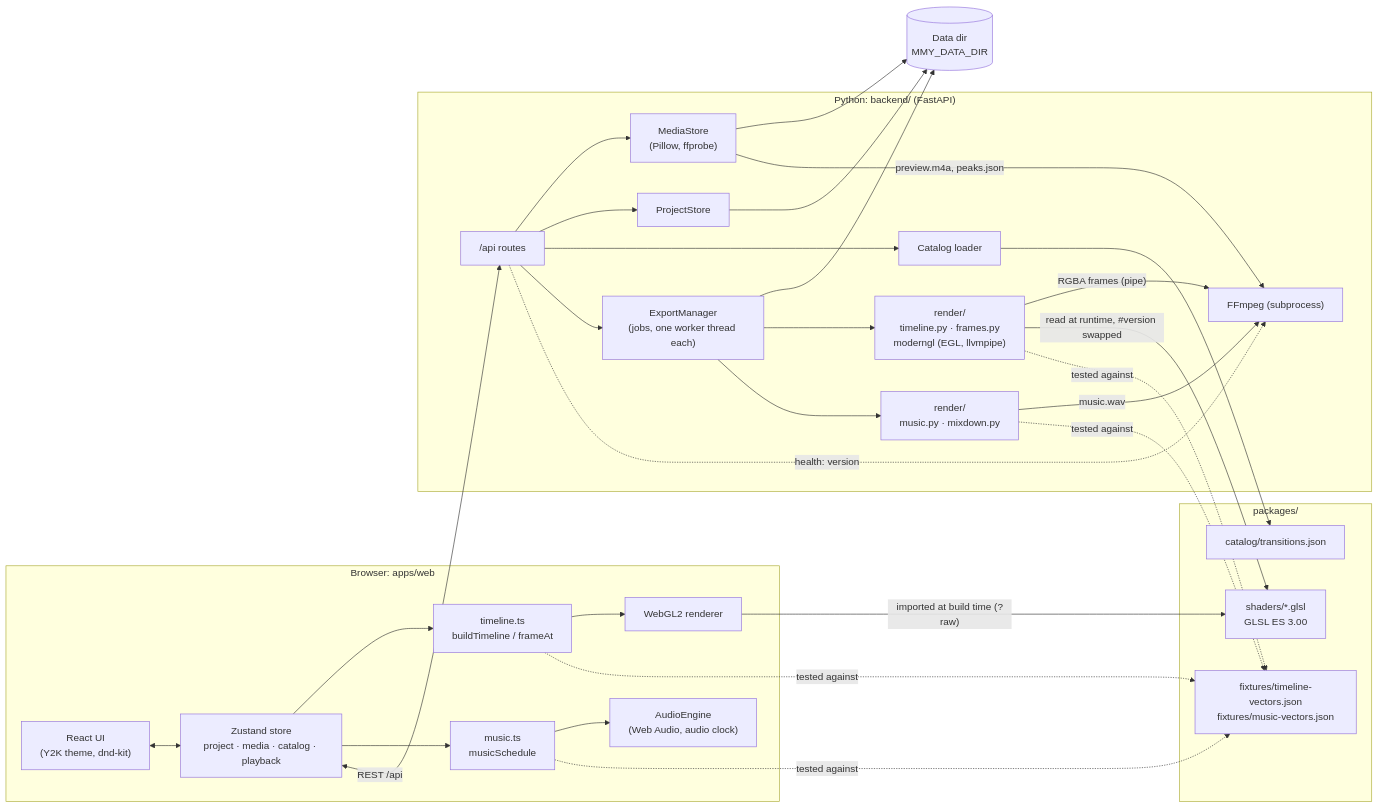
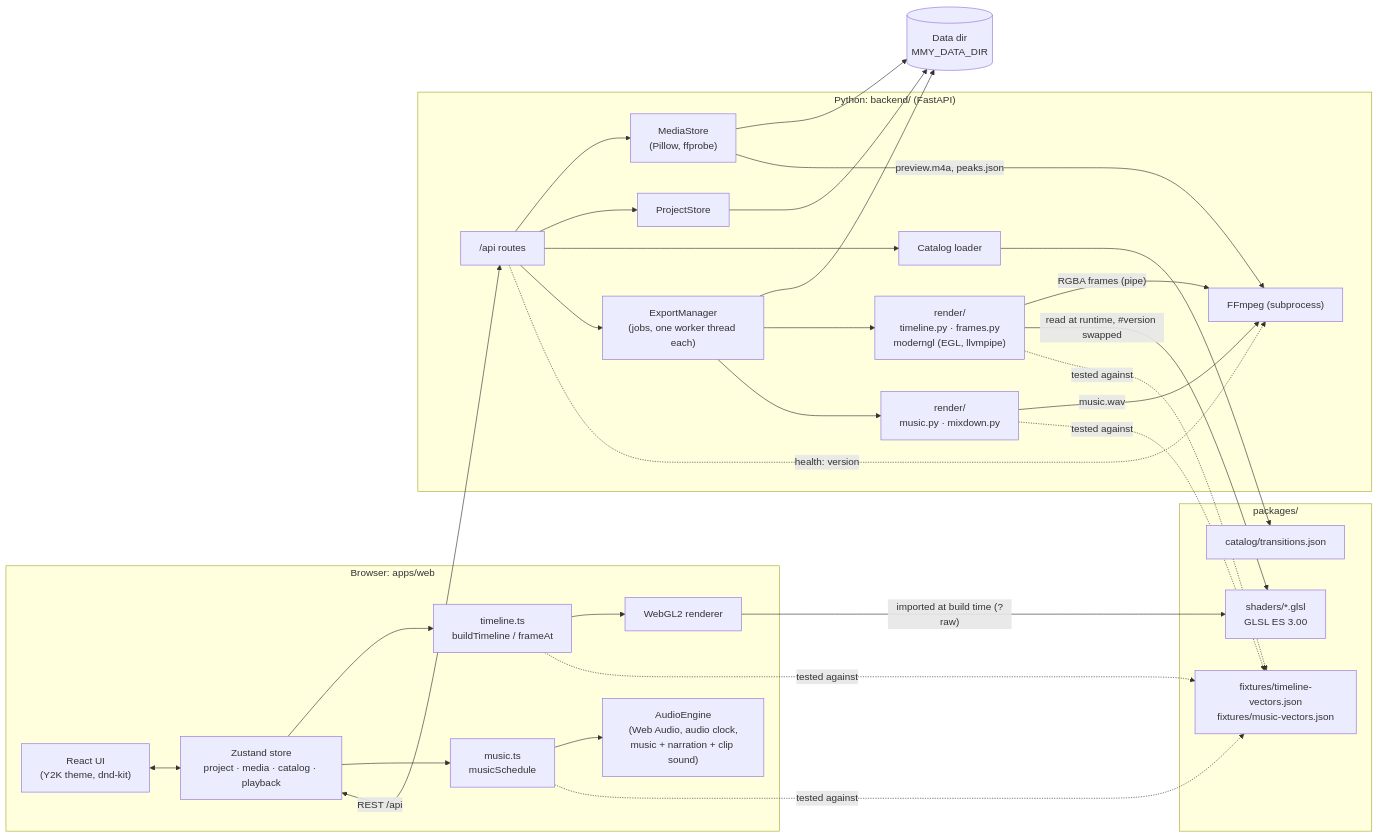
One commit to JoMe92/moviemakery2k changed the first of 3 diagrams in docs/architecture.md. Above: the diagram before and after it, drawn with Mermaid. The commit also changed other lines of this file and 23 other files, not shown here.

First line of the commit message:
feat(web): play clip sound and narration on one audio clock [MMY-bmq]

````diff
--- a/docs/architecture.md
+++ b/docs/architecture.md
@@ -11,45 +11,45 @@
 ```mermaid
 flowchart LR
   subgraph Browser["Browser: apps/web"]
     UI["React UI<br/>(Y2K theme, dnd-kit)"]
     Store["Zustand store<br/>project · media · catalog · playback"]
     TL["timeline.ts<br/>buildTimeline / frameAt"]
     MS["music.ts<br/>musicSchedule"]
     GL["WebGL2 renderer"]
-    AE["AudioEngine<br/>(Web Audio, audio clock)"]
+    AE["AudioEngine<br/>(Web Audio, audio clock,<br/>music + narration + clip sound)"]
   end
   subgraph Server["Python: backend/ (FastAPI)"]
     API["/api routes"]
     Media["MediaStore<br/>(Pillow, ffprobe)"]
     Proj["ProjectStore"]
     Cat["Catalog loader"]
     Exp["ExportManager<br/>(jobs, one worker thread each)"]
     Rnd["render/<br/>timeline.py · frames.py<br/>moderngl (EGL, llvmpipe)"]
     Mix["render/<br/>music.py · mixdown.py"]
     FF["FFmpeg (subprocess)"]
   end
   subgraph Shared["packages/"]
     Shaders["shaders/*.glsl<br/>GLSL ES 3.00"]
     Catalog["catalog/transitions.json"]
     Vectors["fixtures/timeline-vectors.json<br/>fixtures/music-vectors.json"]
   end
   Data[("Data dir<br/>MMY_DATA_DIR")]
 
   UI <--> Store
   Store --> TL --> GL
   Store --> MS --> AE
   Store <-- "REST /api" --> API
   API --> Media & Proj & Cat & Exp
   Media & Proj & Exp --> Data
   Cat --> Catalog
   GL -- "imported at build time (?raw)" --> Shaders
   Exp --> Rnd -- "RGBA frames (pipe)" --> FF
   Exp --> Mix -- "music.wav" --> FF
   Media -- "preview.m4a, peaks.json" --> FF
   Rnd -- "read at runtime, #version swapped" --> Shaders
   TL -. "tested against" .-> Vectors
   Rnd -. "tested against" .-> Vectors
   MS -. "tested against" .-> Vectors
   Mix -. "tested against" .-> Vectors
   API -. "health: version" .-> FF
 ```
````
